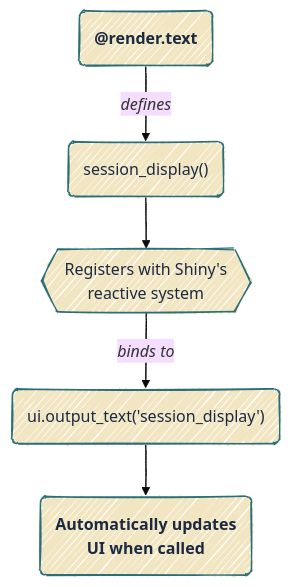
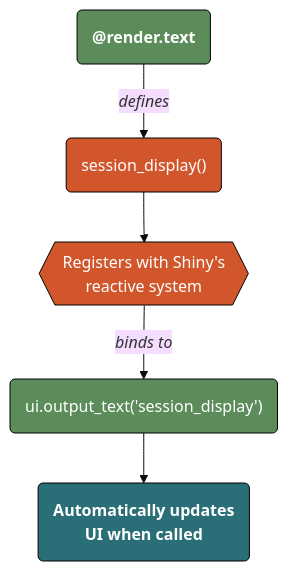
One commit to mjfrigaard/do4ds-labs changed the third of 15 diagrams in app-log-py.qmd. Above: the diagram before and after it, drawn with Mermaid. The commit also changed other lines of this file and 48 other files, not shown here.

````diff
--- a/app-log-py.qmd
+++ b/app-log-py.qmd
@@ -320,17 +324,19 @@
 ```{mermaid}
 %%| fig-cap: 'Session ID'
 %%| fig-width: 7.0
-%%| fig-align: center
-%%{init: {'theme': 'base', 'look': 'handDrawn', 'themeVariables': {'fontFamily': 'monospace'}}}%%
+%%| fig-align: 'center'
+%%{init: {'theme': 'base', 'themeVariables': {'fontFamily': 'monospace'}}}%%
 
 graph TB
     Decorator("<strong>@render.text</strong>") --"<em>defines</em>"--> Function("session_display()")
     Function --> Registration{{"Registers with Shiny's<br>reactive system"}}
     Registration --"<em>binds to</em>"--> UIBinding("ui.output_text('session_display')")
     UIBinding --> AutoUpdate("<strong>Automatically updates<br>UI when called</strong>")
-    
 
-	style Registration text-align:center
-    classDef default fill:#F2E6C2,stroke:#2A6F77,color:#1B2A41
+    style Decorator fill:#5B8C5A,stroke:#000000,stroke-width:1px,color:#ffffff
+    style Function fill:#D2562B,stroke:#000000,stroke-width:1px,color:#ffffff
+    style Registration fill:#D2562B,stroke:#000000,stroke-width:1px,color:#ffffff,text-align:center
+    style UIBinding fill:#5B8C5A,stroke:#000000,stroke-width:1px,color:#ffffff
+    style AutoUpdate fill:#2A6F77,stroke:#000000,stroke-width:1px,color:#ffffff
 
 ```
````
